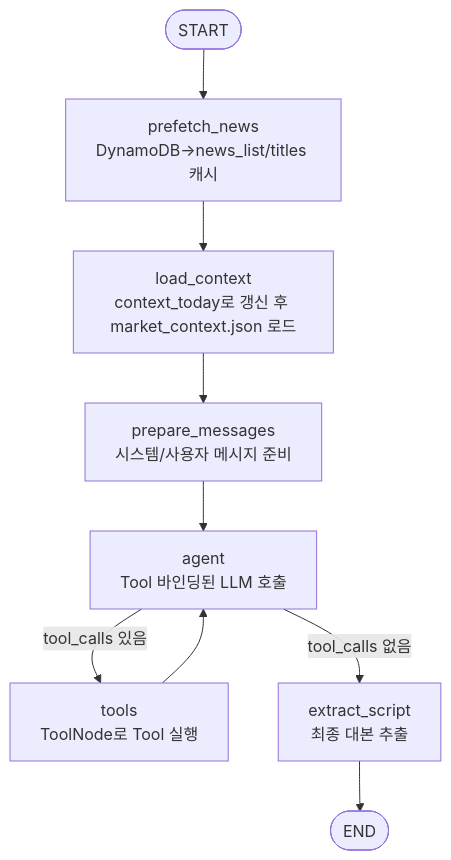
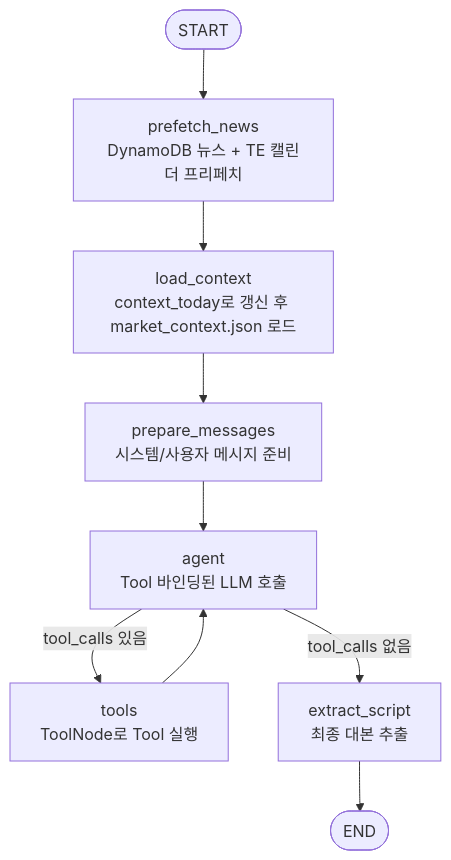
The first of 2 diagrams in OpeningAgent/ARCHITECTURE.md (junseok0913/25fw-kubig-mas), drawn with Mermaid before and after one commit. The commit also changed other lines of this file and 13 other files, not shown here.

````diff
--- a/OpeningAgent/ARCHITECTURE.md
+++ b/OpeningAgent/ARCHITECTURE.md
@@ -7,16 +7,16 @@
 ```mermaid
 flowchart TD
     START([START])
-    PF[prefetch_news<br/>DynamoDB→news_list/titles 캐시]
+    PF[prefetch_news<br/>DynamoDB 뉴스 + TE 캘린더 프리페치]
     LC[load_context<br/>context_today로 갱신 후 market_context.json 로드]
     PM[prepare_messages<br/>시스템/사용자 메시지 준비]
     AG[agent<br/>Tool 바인딩된 LLM 호출]
     TL[tools<br/>ToolNode로 Tool 실행]
     EX[extract_script<br/>최종 대본 추출]
     END([END])
 
     START --> PF --> LC --> PM --> AG
     AG -->|tool_calls 있음| TL
     TL --> AG
     AG -->|tool_calls 없음| EX --> END
 ```
````
